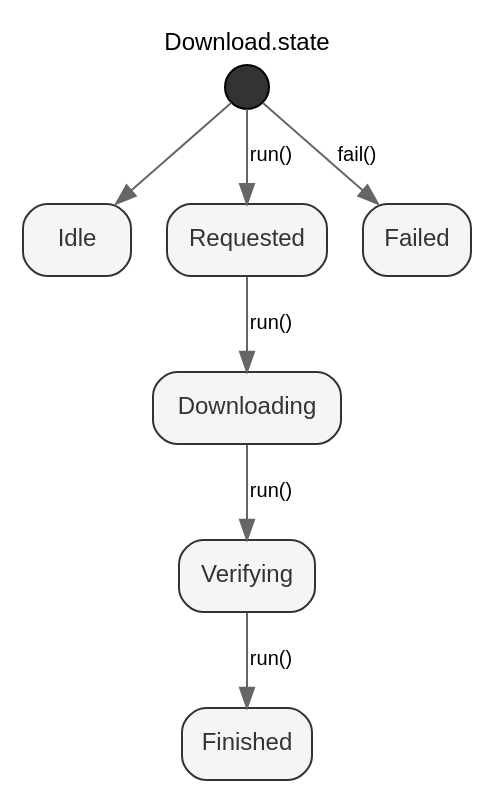
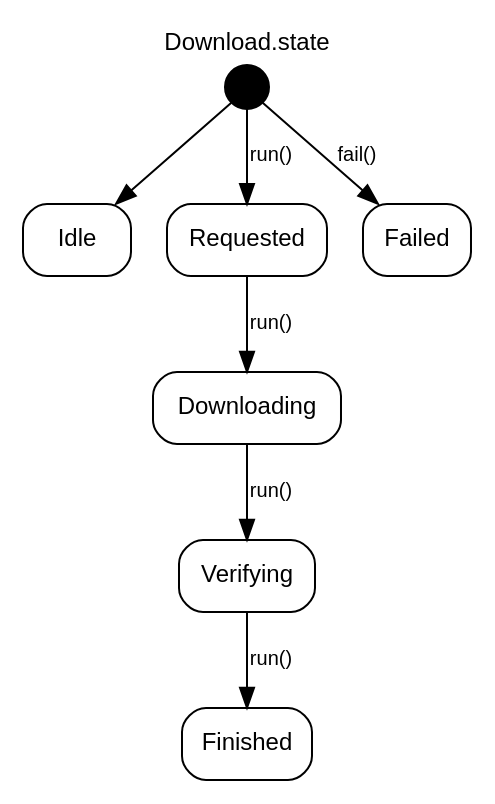
One commit to pauljohanneskraft/Acai changed the diagram in Examples/StateDiagram/Exports/typescript.dot. Above: the diagram before and after it, drawn with Graphviz. The commit also changed 44 other files, not shown here.

```diff
--- a/Examples/StateDiagram/Exports/typescript.dot
+++ b/Examples/StateDiagram/Exports/typescript.dot
@@ -1,23 +1,22 @@
 digraph {
   label="Download.state";
   labelloc=t;
   rankdir=TB;
-  bgcolor="white";
   fontname="Helvetica";
   fontsize=12;
   node [fontname="Helvetica" fontsize=12];
   edge [fontname="Helvetica" fontsize=10];
-  "__initial" [shape=circle style=filled fillcolor="#333333" width=0.3 label=""];
-  "state_Idle" [shape=Mrecord style=filled fillcolor="#f5f5f5" color="#333333" fontcolor="#333333" label="Idle"];
-  "state_Requested" [shape=Mrecord style=filled fillcolor="#f5f5f5" color="#333333" fontcolor="#333333" label="Requested"];
-  "state_Downloading" [shape=Mrecord style=filled fillcolor="#f5f5f5" color="#333333" fontcolor="#333333" label="Downloading"];
-  "state_Verifying" [shape=Mrecord style=filled fillcolor="#f5f5f5" color="#333333" fontcolor="#333333" label="Verifying"];
-  "state_Finished" [shape=Mrecord style=filled fillcolor="#f5f5f5" color="#333333" fontcolor="#333333" label="Finished"];
-  "state_Failed" [shape=Mrecord style=filled fillcolor="#f5f5f5" color="#333333" fontcolor="#333333" label="Failed"];
-  "__initial" -> "state_Idle" [color="#666666"];
-  "__initial" -> "state_Requested" [color="#666666" label="run()"];
-  "state_Requested" -> "state_Downloading" [color="#666666" label="run()"];
-  "state_Downloading" -> "state_Verifying" [color="#666666" label="run()"];
-  "state_Verifying" -> "state_Finished" [color="#666666" label="run()"];
-  "__initial" -> "state_Failed" [color="#666666" label="fail()"];
+  "__initial" [shape=circle style=filled fillcolor="black" width=0.3 label=""];
+  "state_Idle" [shape=Mrecord label="Idle"];
+  "state_Requested" [shape=Mrecord label="Requested"];
+  "state_Downloading" [shape=Mrecord label="Downloading"];
+  "state_Verifying" [shape=Mrecord label="Verifying"];
+  "state_Finished" [shape=Mrecord label="Finished"];
+  "state_Failed" [shape=Mrecord label="Failed"];
+  "__initial" -> "state_Idle";
+  "__initial" -> "state_Requested" [label="run()"];
+  "state_Requested" -> "state_Downloading" [label="run()"];
+  "state_Downloading" -> "state_Verifying" [label="run()"];
+  "state_Verifying" -> "state_Finished" [label="run()"];
+  "__initial" -> "state_Failed" [label="fail()"];
 }
```
